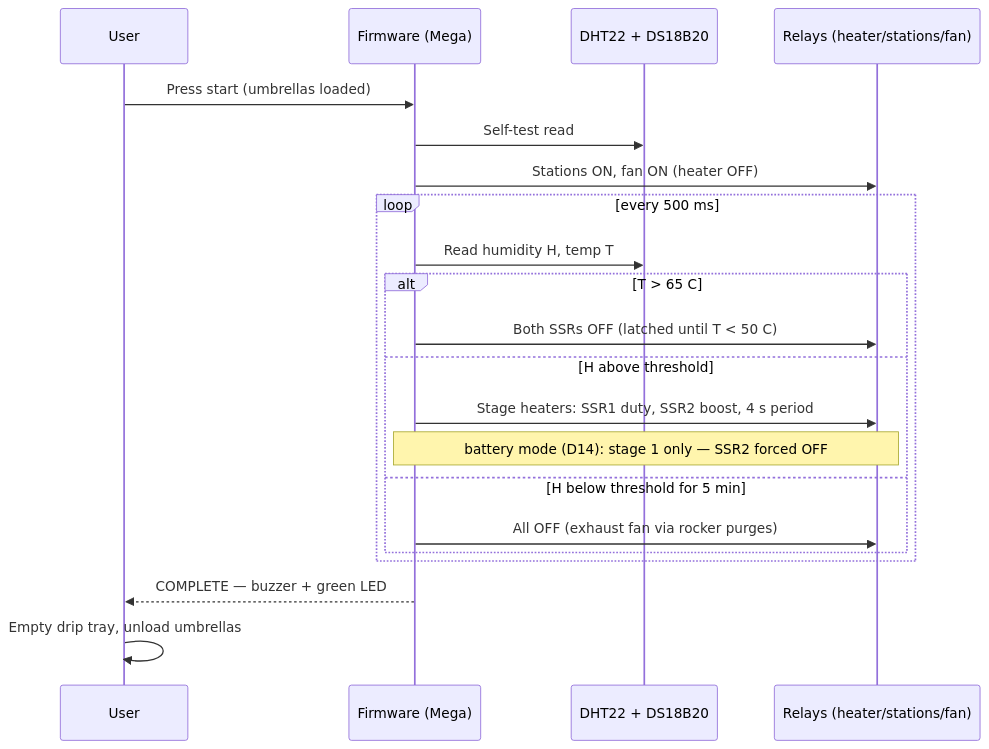
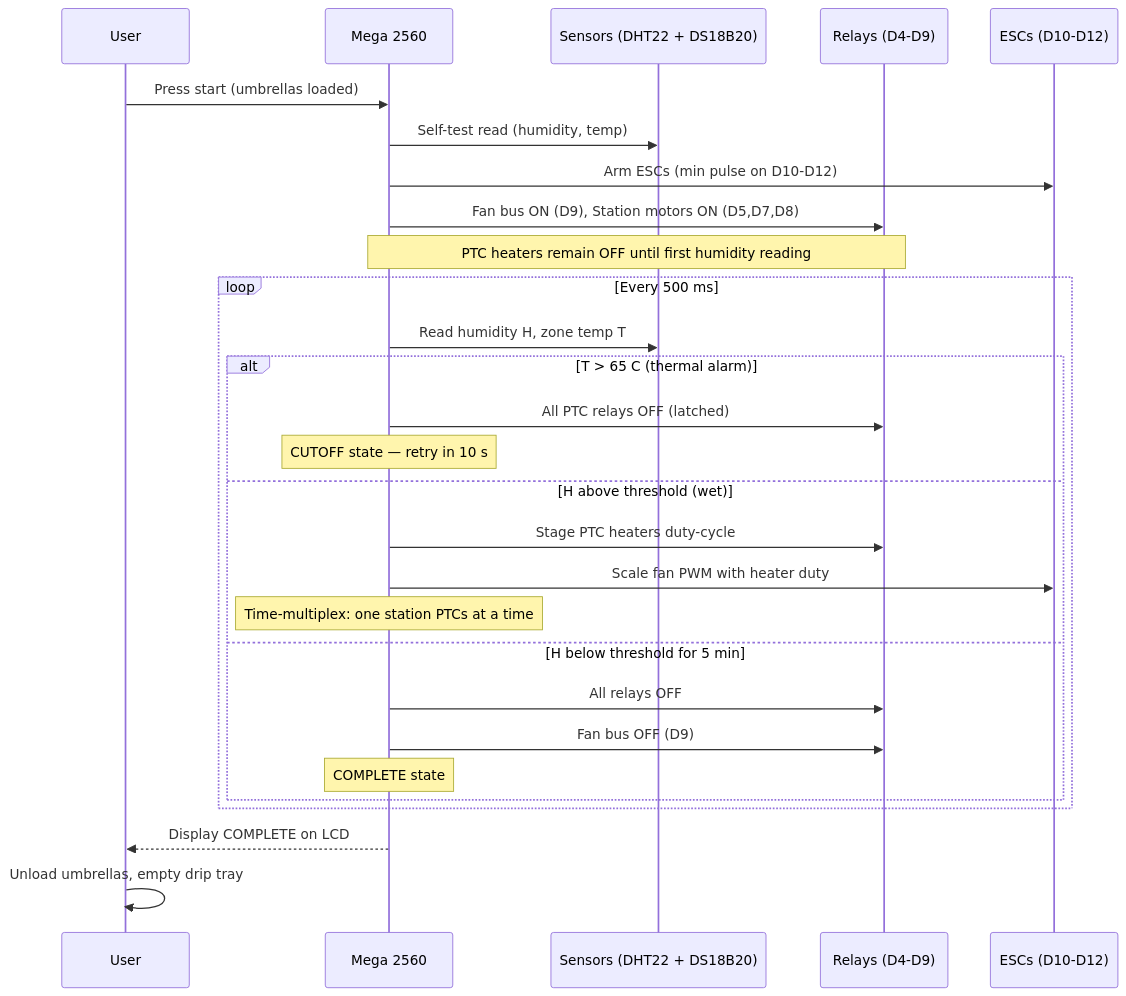
One commit to qppd/umbrella-dryer-v2 changed the fourth of 4 diagrams in docs/SYSTEM-ARCHITECTURE.md. Above: the diagram before and after it, drawn with Mermaid. The commit also changed other lines of this file and 14 other files, not shown here.

First line of the commit message:
Rev 7: Complete 12V DC redesign — all docs rewritten

````diff
--- a/docs/SYSTEM-ARCHITECTURE.md
+++ b/docs/SYSTEM-ARCHITECTURE.md
@@ -60,24 +157,34 @@
 ```mermaid
 sequenceDiagram
     participant U as User
-    participant FW as Firmware (Mega)
-    participant S as DHT22 + DS18B20
-    participant A as Relays (heater/stations/fan)
+    participant FW as Mega 2560
+    participant S as Sensors (DHT22 + DS18B20)
+    participant R as Relays (D4-D9)
+    participant E as ESCs (D10-D12)
 
     U->>FW: Press start (umbrellas loaded)
-    FW->>S: Self-test read
-    FW->>A: Stations ON, fan ON (heater OFF)
-    loop every 500 ms
-        FW->>S: Read humidity H, temp T
-        alt T > 65 C
-            FW->>A: Both SSRs OFF (latched until T < 50 C)
-        else H above threshold
-            FW->>A: Stage heaters: SSR1 duty, SSR2 boost, 4 s period
-            Note over FW,A: battery mode (D14): stage 1 only — SSR2 forced OFF
+    FW->>S: Self-test read (humidity, temp)
+    FW->>E: Arm ESCs (min pulse on D10-D12)
+    FW->>R: Fan bus ON (D9), Station motors ON (D5,D7,D8)
+
+    Note over FW,R: PTC heaters remain OFF until first humidity reading
+
+    loop Every 500 ms
+        FW->>S: Read humidity H, zone temp T
+        alt T > 65 C (thermal alarm)
+            FW->>R: All PTC relays OFF (latched)
+            Note over FW: CUTOFF state — retry in 10 s
+        else H above threshold (wet)
+            FW->>R: Stage PTC heaters duty-cycle
+            FW->>E: Scale fan PWM with heater duty
+            Note over FW: Time-multiplex: one station PTCs at a time
         else H below threshold for 5 min
-            FW->>A: All OFF (exhaust fan via rocker purges)
+            FW->>R: All relays OFF
+            FW->>R: Fan bus OFF (D9)
+            Note over FW: COMPLETE state
         end
     end
-    FW-->>U: COMPLETE — buzzer + green LED
-    U->>U: Empty drip tray, unload umbrellas
+
+    FW-->>U: Display COMPLETE on LCD
+    U->>U: Unload umbrellas, empty drip tray
 ```
````
